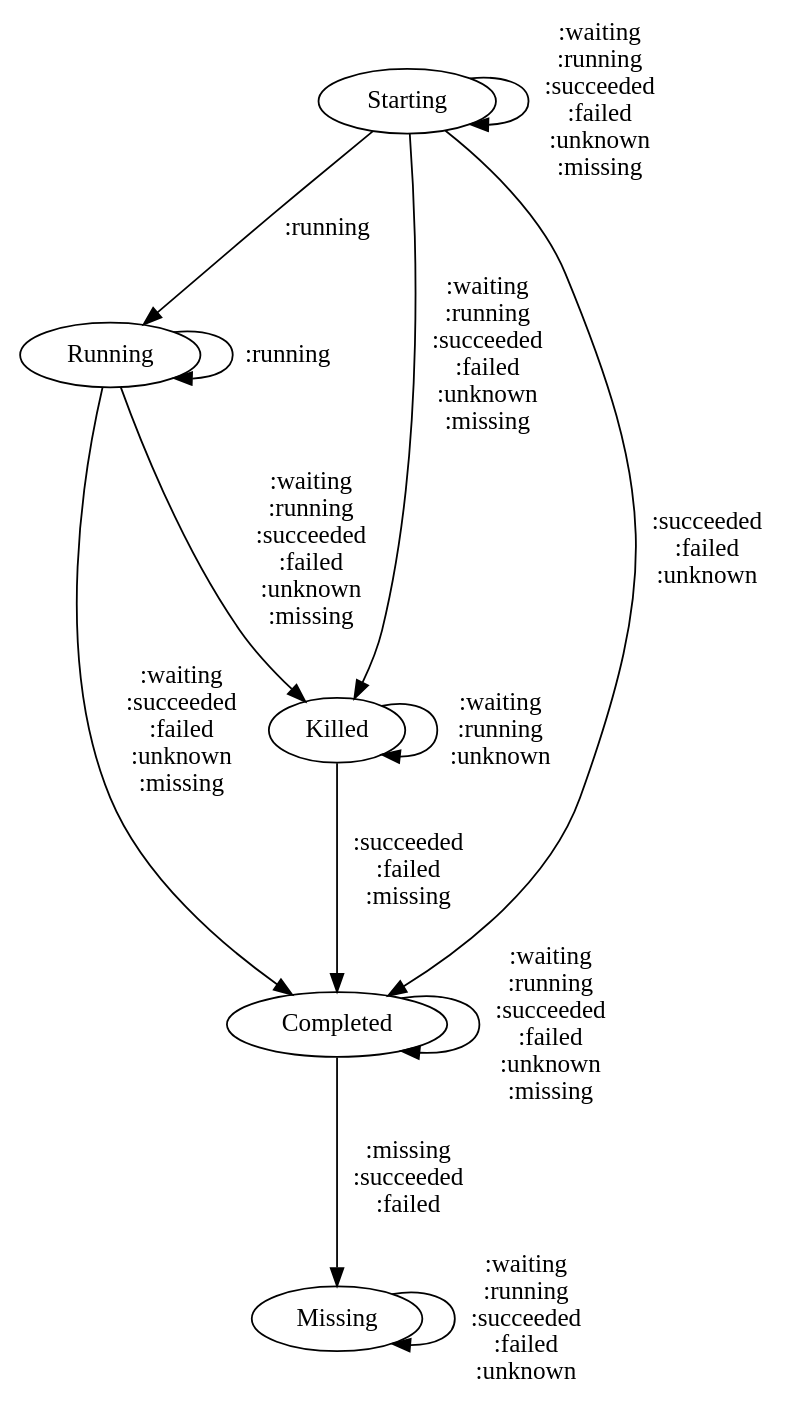
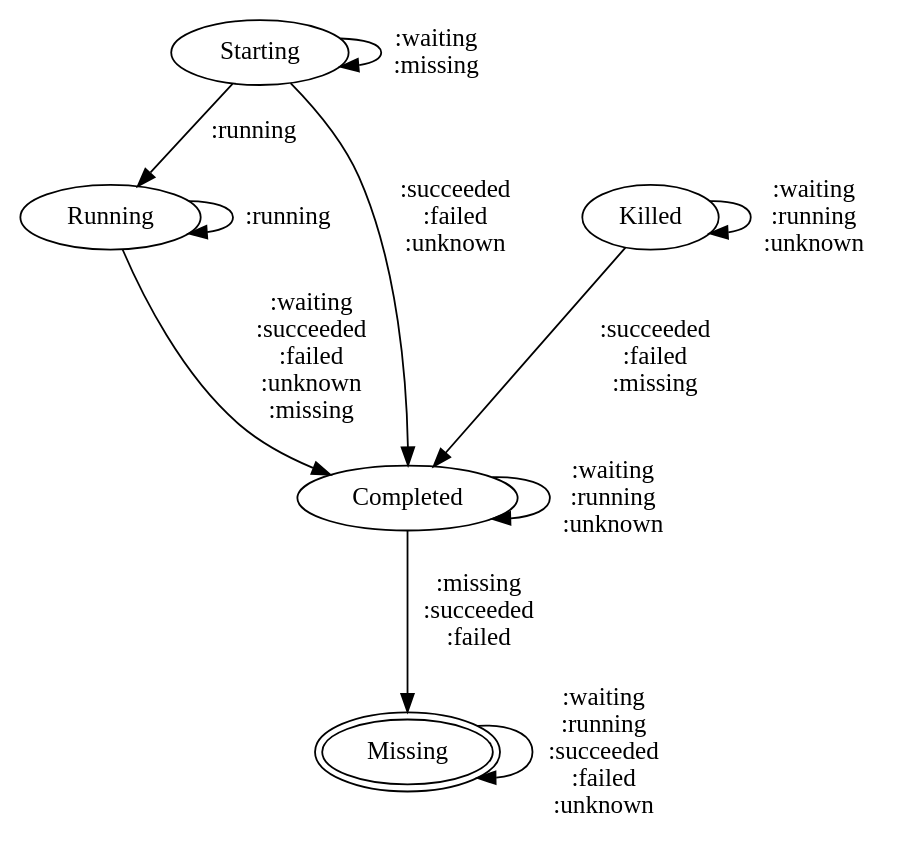
One commit to twosigma/Cook changed the diagram in scheduler/docs/kubernetes-state.dot. Above: the diagram before and after it, drawn with Graphviz.

Commit message:
Updated dot diagram per request

```diff
--- a/scheduler/docs/kubernetes-state.dot
+++ b/scheduler/docs/kubernetes-state.dot
@@ -1,22 +1,21 @@
 # A graph showing valid transitions from expected states to expected states. Edges are annotated with
 # which kubernetes staes the system may be in when it makes the transition.
 
 digraph g {
-	Starting -> Starting [label=":waiting\n:running\n:succeeded\n:failed\n:unknown\n:missing"]
+	Starting -> Starting [label=":waiting\n:missing"]
 	Starting -> Running [label=":running"]
-	Starting -> Killed  [label=":waiting\n:running\n:succeeded\n:failed\n:unknown\n:missing"]
         Starting -> Completed [label=":succeeded\n:failed\n:unknown"]
 
        
         Running -> Running [label=":running"]
         Running -> Completed [label=":waiting\n:succeeded\n:failed\n:unknown\n:missing"]
-        Running -> Killed [label=":waiting\n:running\n:succeeded\n:failed\n:unknown\n:missing"]
 
-        Completed -> Completed [label=":waiting\n:running\n:succeeded\n:failed\n:unknown\n:missing"]        
+        Completed -> Completed [label=":waiting\n:running\n:unknown\n"]        
         Completed -> Missing [label=":missing\n:succeeded\n:failed"]        
 
         Killed -> Killed [label=":waiting\n:running\n:unknown\n"]        
         Killed -> Completed [label=":succeeded\n:failed\n:missing"]
 
+       	Missing [peripheries=2]
         Missing -> Missing [label=":waiting\n:running\n:succeeded\n:failed\n:unknown"]
 }
```
